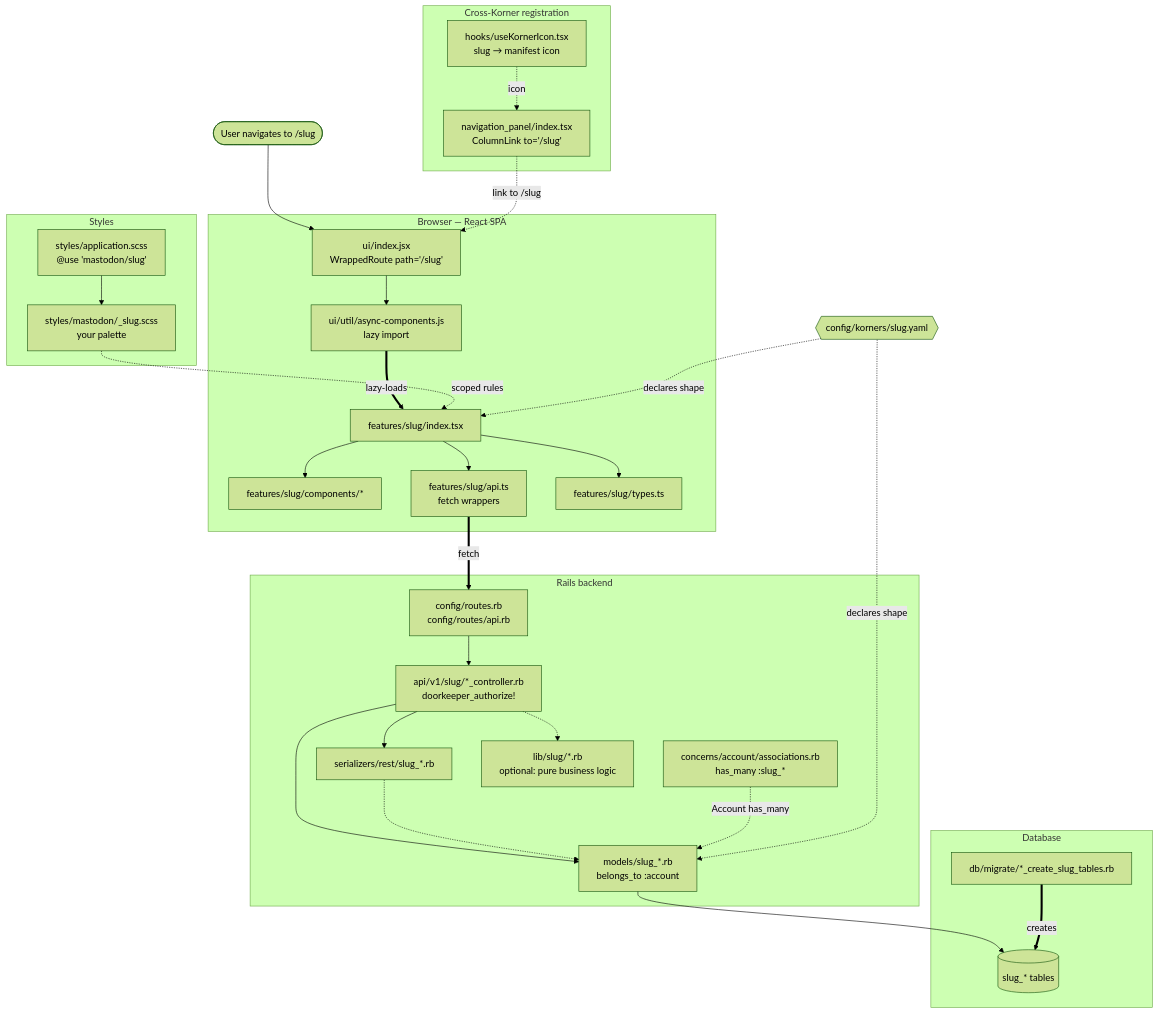
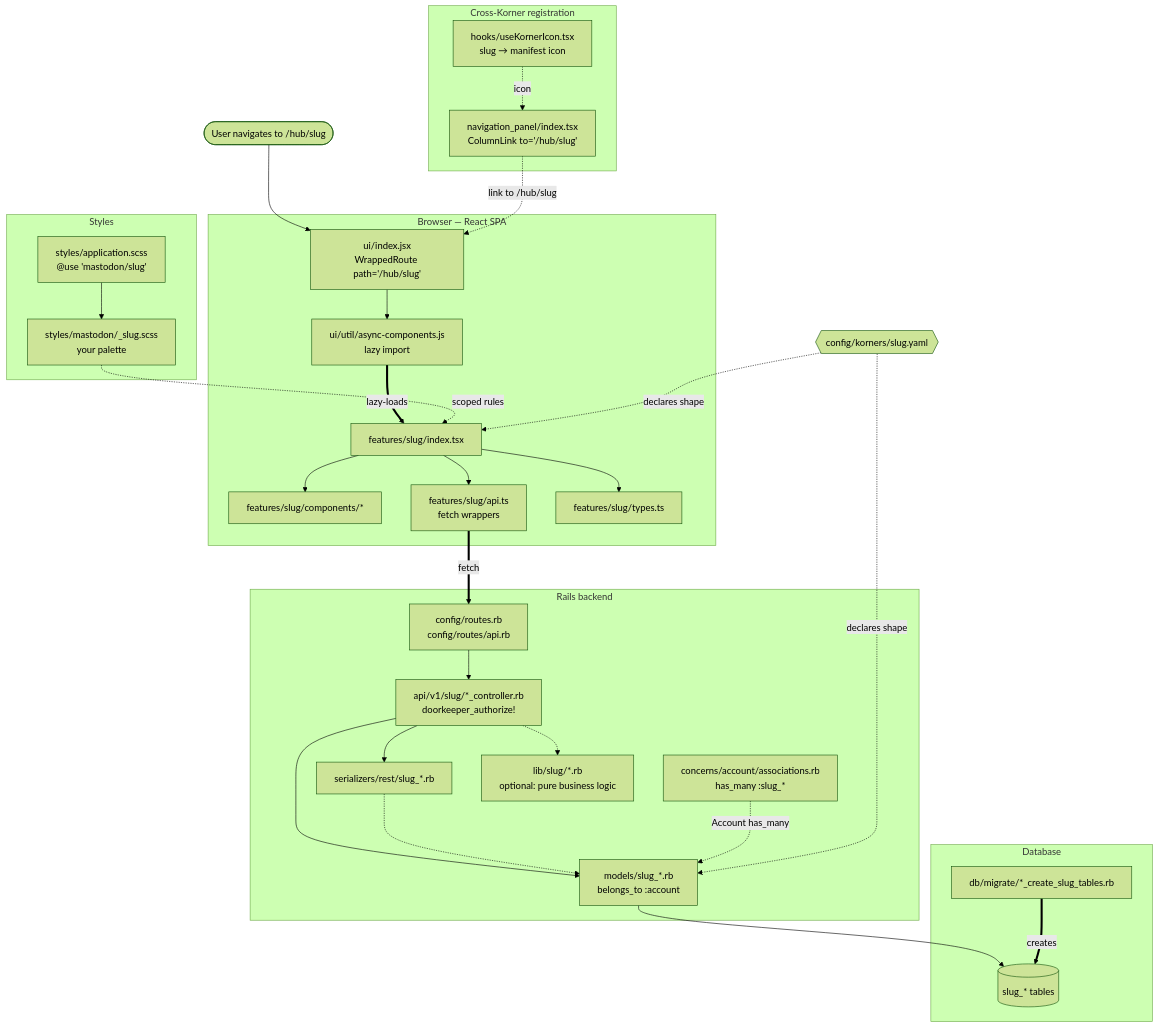
One commit to Kronkverse/kronk changed the first of 2 diagrams in docs/korners/anatomy.md. Above: the diagram before and after it, drawn with Mermaid (forest theme). The commit also changed other lines of this file and 7 other files, not shown here.

````diff
--- a/docs/korners/anatomy.md
+++ b/docs/korners/anatomy.md
@@ -20,63 +20,63 @@
 ```mermaid
 graph TB
-    User(["User navigates to /slug"])
+    User(["User navigates to /hub/slug"])
 
     subgraph SPA["Browser — React SPA"]
-        UIRoute["ui/index.jsx<br/>WrappedRoute path='/slug'"]
+        UIRoute["ui/index.jsx<br/>WrappedRoute path='/hub/slug'"]
         Async["ui/util/async-components.js<br/>lazy import"]
         Module["features/slug/index.tsx"]
         Comp["features/slug/components/*"]
         API["features/slug/api.ts<br/>fetch wrappers"]
         Types["features/slug/types.ts"]
     end
 
     subgraph Reg["Cross-Korner registration"]
         Icon["hooks/useKornerIcon.tsx<br/>slug → manifest icon"]
-        Nav["navigation_panel/index.tsx<br/>ColumnLink to='/slug'"]
+        Nav["navigation_panel/index.tsx<br/>ColumnLink to='/hub/slug'"]
     end
 
     subgraph Styl["Styles"]
         AppScss["styles/application.scss<br/>@use 'mastodon/slug'"]
         SlugScss["styles/mastodon/_slug.scss<br/>your palette"]
     end
 
     subgraph RailsBE["Rails backend"]
         Routes["config/routes.rb<br/>config/routes/api.rb"]
         Ctrl["api/v1/slug/*_controller.rb<br/>doorkeeper_authorize!"]
         Ser["serializers/rest/slug_*.rb"]
         Model["models/slug_*.rb<br/>belongs_to :account"]
         Assoc["concerns/account/associations.rb<br/>has_many :slug_*"]
         Lib["lib/slug/*.rb<br/>optional: pure business logic"]
     end
 
     subgraph DB["Database"]
         Migration["db/migrate/*_create_slug_tables.rb"]
         Tables[("slug_* tables")]
     end
 
     Manifest{{"config/korners/slug.yaml"}}
 
     User --> UIRoute
     UIRoute --> Async
     Async ==>|lazy-loads| Module
     Module --> Comp
     Module --> API
     Module --> Types
     API ==>|fetch| Routes
     Routes --> Ctrl
     Ctrl --> Model
     Ctrl --> Ser
     Ctrl -.-> Lib
     Ser -.-> Model
     Model --> Tables
     Migration ==>|creates| Tables
     Assoc -.->|Account has_many| Model
 
     Icon -.->|icon| Nav
-    Nav -.->|link to /slug| UIRoute
+    Nav -.->|link to /hub/slug| UIRoute
     AppScss --> SlugScss
     SlugScss -.->|scoped rules| Module
 
     Manifest -.->|declares shape| Module
     Manifest -.->|declares shape| Model
 ```
````
